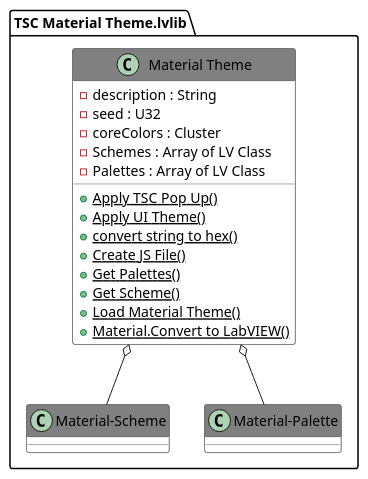
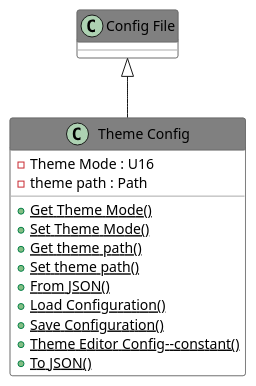
The diagram in _documentation/Includes/004.adoc (danielcoons/tsc-material-theme), drawn with PlantUML before and after one commit. The commit also changed other lines of this file and 90 other files, not shown here.

```diff
--- a/_documentation/Includes/004.adoc
+++ b/_documentation/Includes/004.adoc
@@ -10,33 +10,30 @@
 [plantuml, format="svg", align="center"]
 ....
 @startuml
 set namespaceSeparator :
 skinparam ClassBackgroundColor #FFFFFF
 skinparam ClassBorderColor #555555
 skinparam ClassFontColor #000000
 skinparam ClassHeaderBackgroundColor #808080
 
 skinparam top to bottom direction
-class "TSC Material Theme.lvlib:Material Theme" {
-{field} -description : String
-{field} -seed : U32
-{field} -coreColors : Cluster
-{field} -Schemes : Array of LV Class
-{field} -Palettes : Array of LV Class
-{static} {method} +Apply TSC Pop Up()
-{static} {method} +Apply UI Theme()
-{static} {method} +convert string to hex()
-{static} {method} +Create JS File()
-{static} {method} +Get Palettes()
-{static} {method} +Get Scheme()
-{static} {method} +Load Material Theme()
-{static} {method} +Material.Convert to LabVIEW()
+class "Theme Config" {
+{field} -Theme Mode : U16
+{field} -theme path : Path
+{static} {method} +Get Theme Mode()
+{static} {method} +Set Theme Mode()
+{static} {method} +Get theme path()
+{static} {method} +Set theme path()
+{static} {method} +From JSON()
+{static} {method} +Load Configuration()
+{static} {method} +Save Configuration()
+{static} {method} +Theme Editor Config--constant()
+{static} {method} +To JSON()
 
 }
+"Config File" <|-- "Theme Config"
 
-"TSC Material Theme.lvlib:Material Theme" o-- "TSC Material Theme.lvlib:Material-Scheme"
-"TSC Material Theme.lvlib:Material Theme" o-- "TSC Material Theme.lvlib:Material-Palette"
 
 
 @enduml
 ....
```
